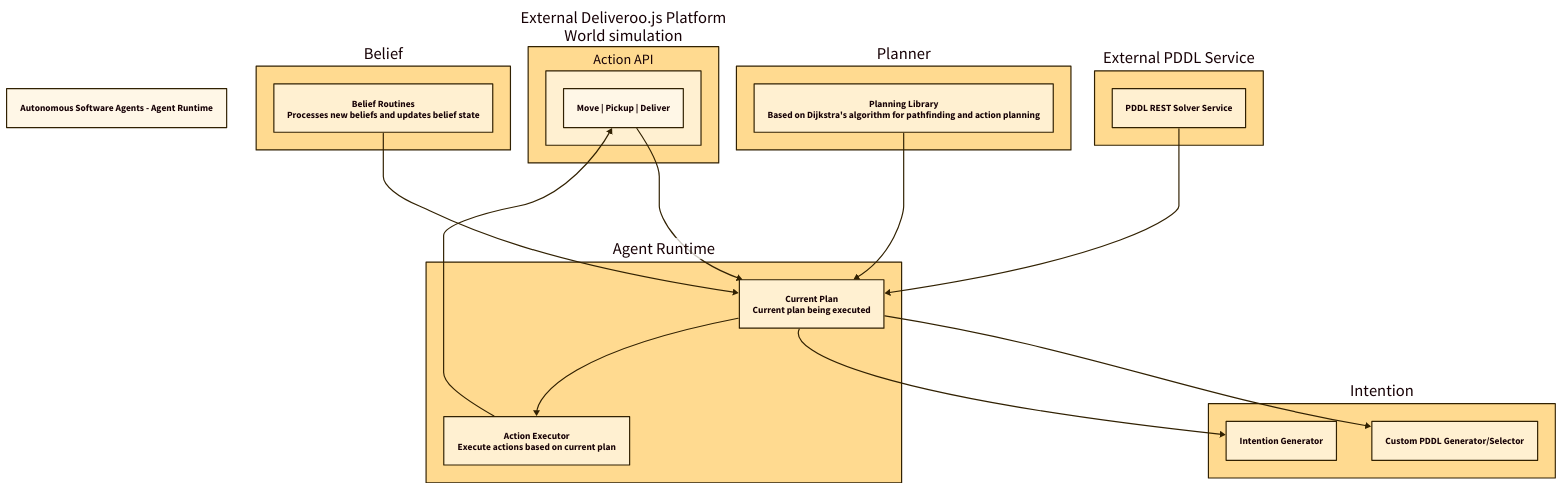
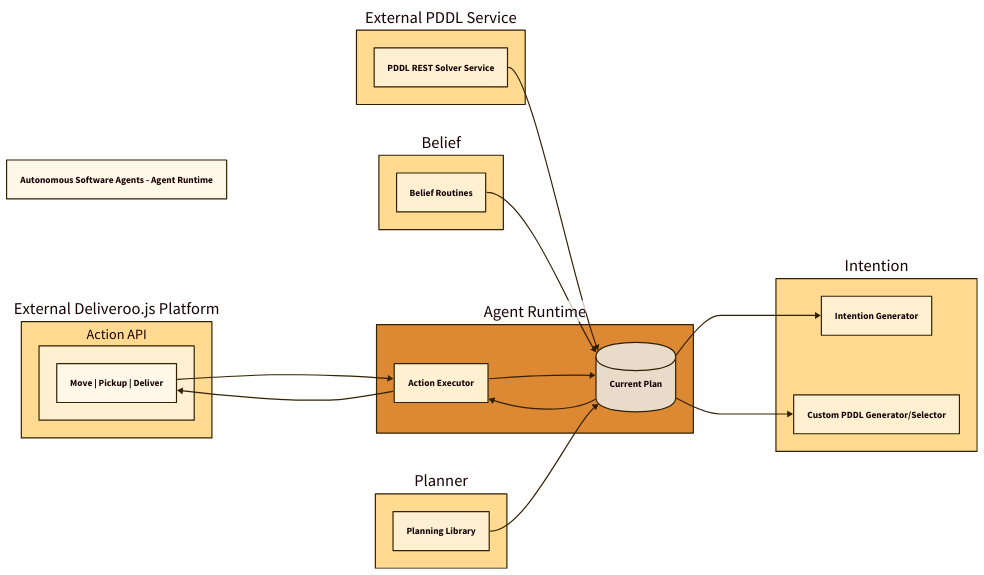
The diagram in presentation/diagrams/agentRuntime.d2 (LuigiMiazzo17/unitn-autonomusSoftwareAgents), drawn with D2 before and after one commit. The commit also changed 7 other files, not shown here. The source asks for the TALA layout; these drawings use dagre instead.

```diff
--- a/presentation/diagrams/agentRuntime.d2
+++ b/presentation/diagrams/agentRuntime.d2
@@ -1,69 +1,76 @@
 title: "Autonomous Software Agents - Agent Runtime"
+
+direction: right
 
 vars: {
   d2-config: {
     layout-engine: tala
     theme-id: 105
   }
 }
 
 platform: {
-  label: "External Deliveroo.js Platform\nWorld simulation"
+  label: "External Deliveroo.js Platform"
   actions: {
     label: "Action API"
     mapAction: {
       label: "Move | Pickup | Deliver"
     }
   }
 }
 
 pddlSolver: {
   label: "External PDDL Service"
   rest: {
     label: "PDDL REST Solver Service"
   }
 }
 
 beliefs: {
   label: "Belief"
   routines: {
-    label: "Belief Routines\nProcesses new beliefs and updates belief state"
+    label: "Belief Routines"
   }
 }
 
 agentRuntime: {
   label: "Agent Runtime"
+  style: {
+    fill: "#dd8833"
+  }
   plan: {
-    label: "Current Plan\nCurrent plan being executed"
+    label: "Current Plan"
+    shape: cylinder
   }
   executor: {
-    label: "Action Executor\nExecute actions based on current plan"
+    label: "Action Executor"
   }
 }
 
 intention: {
   label: "Intention"
   generator: {
     label: "Intention Generator"
   }
   pddl: {
     label: "Custom PDDL Generator/Selector"
   }
 }
 
 planner: {
   label: "Planner"
   lib: {
-    label: "Planning Library\nBased on Dijkstra's algorithm for pathfinding and action planning"
+    label: "Planning Library"
   }
 }
 
 pddlSolver.rest -> agentRuntime.plan
 planner.lib -> agentRuntime.plan
 agentRuntime.plan -> agentRuntime.executor
 agentRuntime.executor -> platform.actions.mapAction
-platform.actions.mapAction -> agentRuntime.plan
+platform.actions.mapAction -> agentRuntime.executor
+agentRuntime.executor -> agentRuntime.plan
 agentRuntime.plan -> intention.generator
 agentRuntime.plan -> intention.pddl
 
 beliefs.routines -> agentRuntime.plan
```
